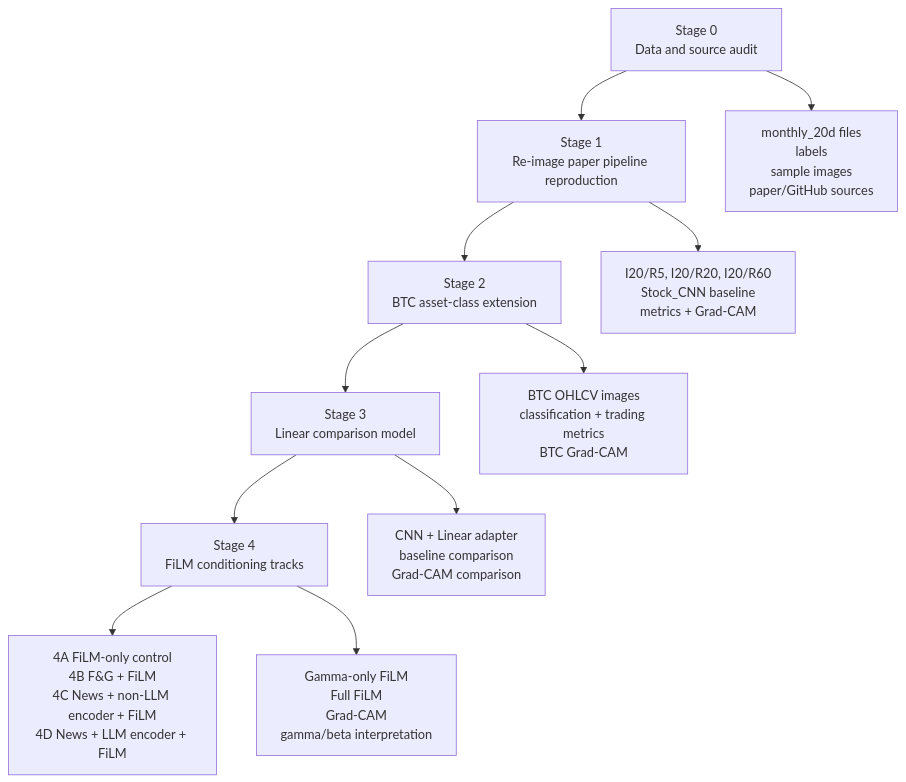
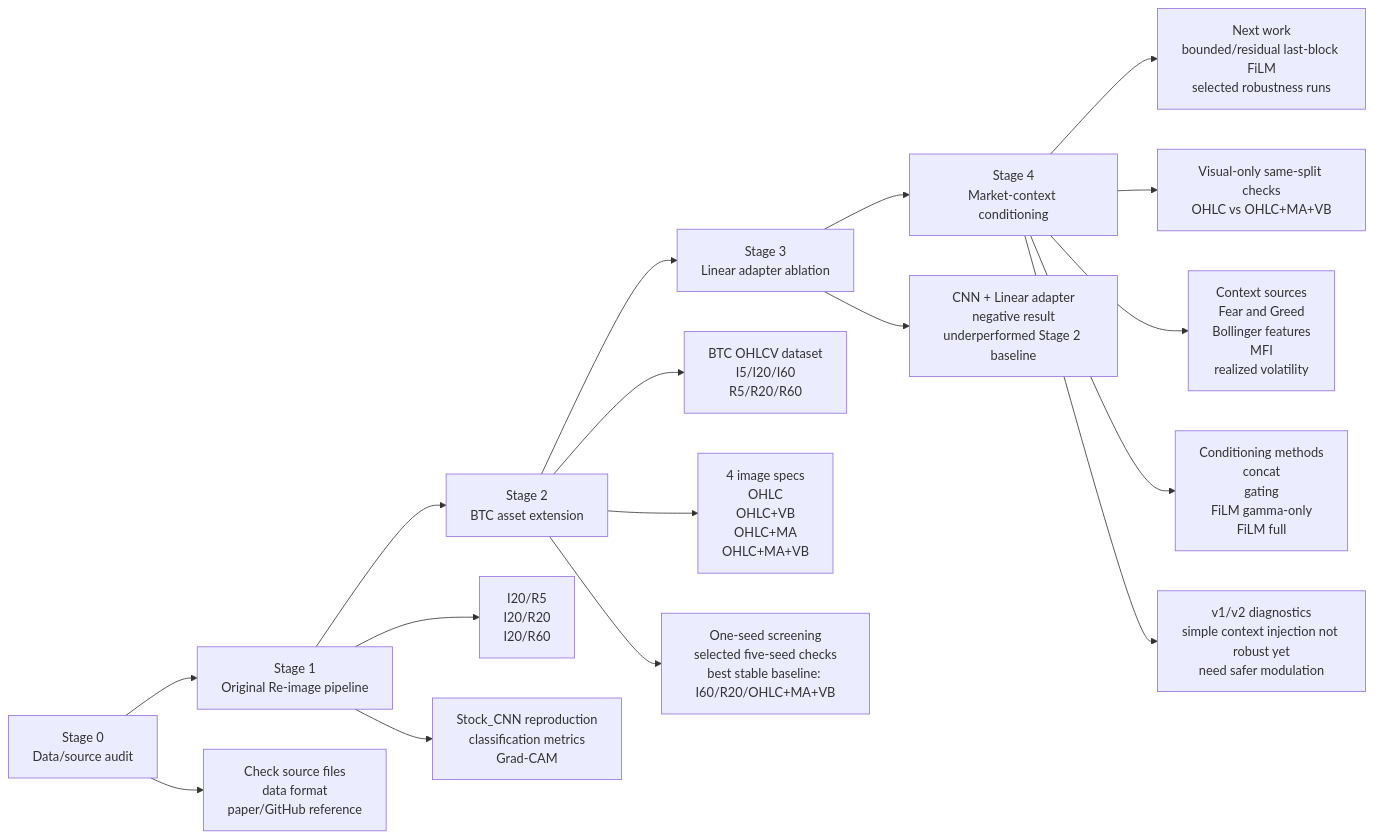
The first of 2 diagrams in docs/overall_pipeline_diagram.md (Jaehyeon-Jeong/Thesis), drawn with Mermaid before and after one commit. The commit also changed other lines of this file, not shown here.

Commit message:
Update overall pipeline diagram

````diff
--- a/docs/overall_pipeline_diagram.md
+++ b/docs/overall_pipeline_diagram.md
@@ -5,14 +7,27 @@
 ```mermaid
-flowchart TD
-    A[Stage 0<br/>Data and source audit] --> B[Stage 1<br/>Re-image paper pipeline reproduction]
-    B --> C[Stage 2<br/>BTC asset-class extension]
-    C --> D[Stage 3<br/>Linear comparison model]
-    D --> E[Stage 4<br/>FiLM conditioning tracks]
+flowchart LR
+    S0[Stage 0<br/>Data/source audit]
+    S1[Stage 1<br/>Original Re-image pipeline]
+    S2[Stage 2<br/>BTC asset extension]
+    S3[Stage 3<br/>Linear adapter ablation]
+    S4[Stage 4<br/>Market-context conditioning]
+    NEXT[Next work<br/>bounded/residual last-block FiLM<br/>selected robustness runs]
 
-    A --> A1[monthly_20d files<br/>labels<br/>sample images<br/>paper/GitHub sources]
-    B --> B1[I20/R5, I20/R20, I20/R60<br/>Stock_CNN baseline<br/>metrics + Grad-CAM]
-    C --> C1[BTC OHLCV images<br/>classification + trading metrics<br/>BTC Grad-CAM]
-    D --> D1[CNN + Linear adapter<br/>baseline comparison<br/>Grad-CAM comparison]
-    E --> E1[4A FiLM-only control<br/>4B F&G + FiLM<br/>4C News + non-LLM encoder + FiLM<br/>4D News + LLM encoder + FiLM]
-    E --> E2[Gamma-only FiLM<br/>Full FiLM<br/>Grad-CAM<br/>gamma/beta interpretation]
+    S0 --> S1 --> S2 --> S3 --> S4 --> NEXT
+
+    S0 --> S0A[Check source files<br/>data format<br/>paper/GitHub reference]
+
+    S1 --> S1A[I20/R5<br/>I20/R20<br/>I20/R60]
+    S1 --> S1B[Stock_CNN reproduction<br/>classification metrics<br/>Grad-CAM]
+
+    S2 --> S2A[BTC OHLCV dataset<br/>I5/I20/I60<br/>R5/R20/R60]
+    S2 --> S2B[4 image specs<br/>OHLC<br/>OHLC+VB<br/>OHLC+MA<br/>OHLC+MA+VB]
+    S2 --> S2C[One-seed screening<br/>selected five-seed checks<br/>best stable baseline: I60/R20/OHLC+MA+VB]
+
+    S3 --> S3A[CNN + Linear adapter<br/>negative result<br/>underperformed Stage 2 baseline]
+
+    S4 --> S4A[Visual-only same-split checks<br/>OHLC vs OHLC+MA+VB]
+    S4 --> S4B[Context sources<br/>Fear and Greed<br/>Bollinger features<br/>MFI<br/>realized volatility]
+    S4 --> S4C[Conditioning methods<br/>concat<br/>gating<br/>FiLM gamma-only<br/>FiLM full]
+    S4 --> S4D[v1/v2 diagnostics<br/>simple context injection not robust yet<br/>need safer modulation]
 ```
````
